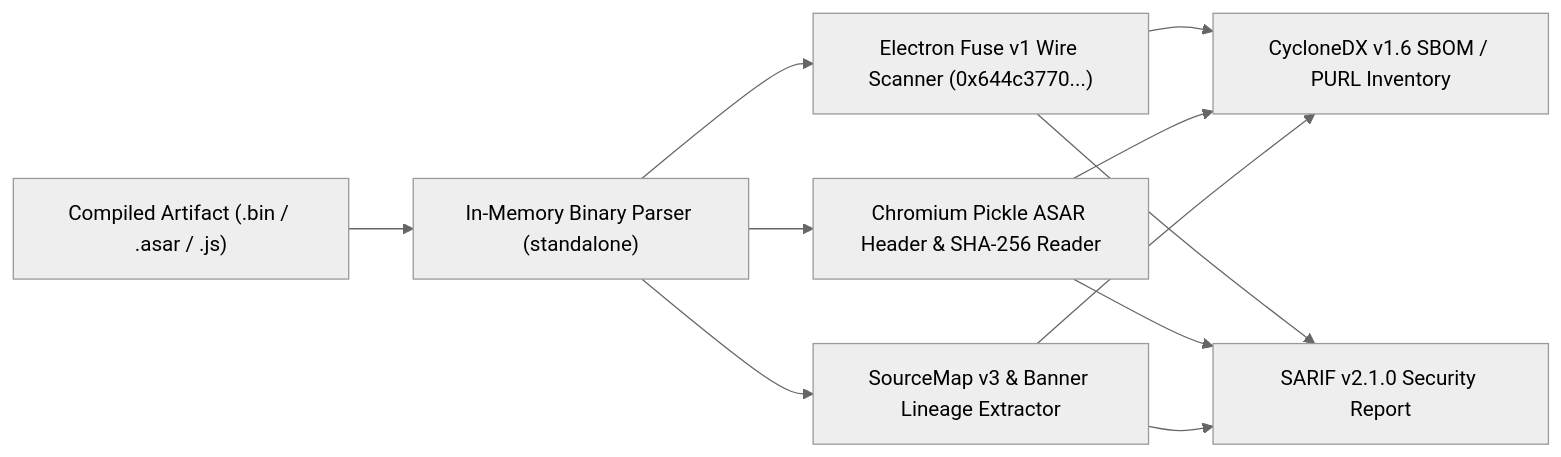
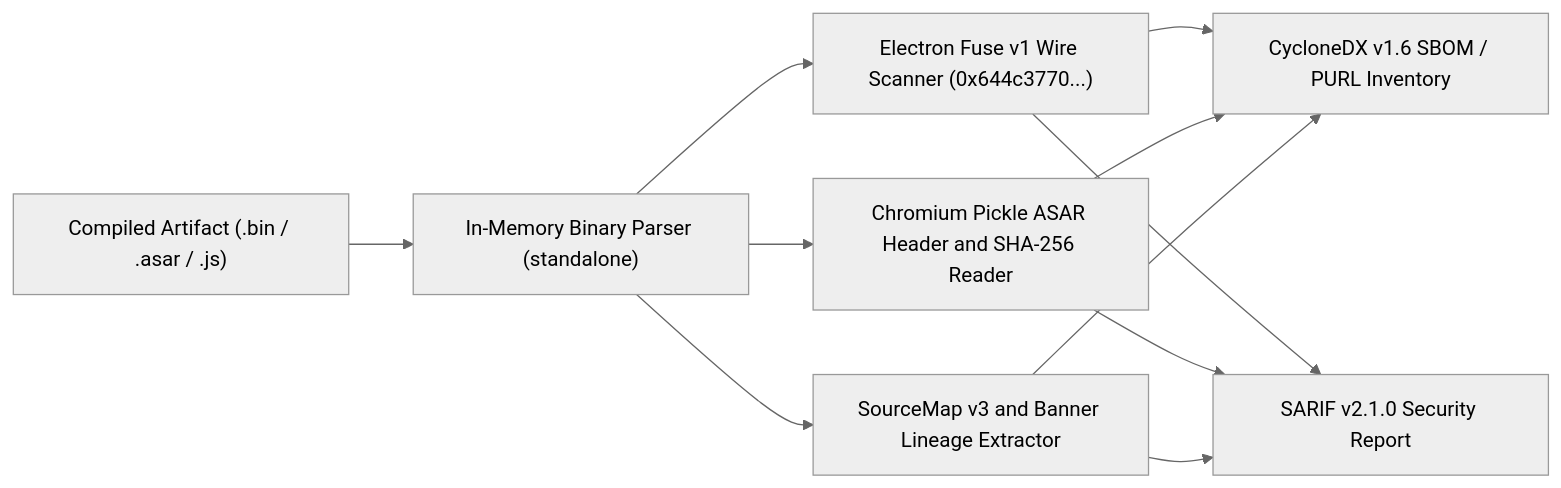
One commit to koodikiht/bundle-provenance changed the diagram in README.md. Above: the diagram before and after it, drawn with Mermaid (neutral theme). The commit also changed other lines of this file and 6 other files, not shown here.

````diff
--- a/README.md
+++ b/README.md
@@ -31,13 +30,13 @@
 ```mermaid
 flowchart LR
   A["Compiled Artifact (.bin / .asar / .js)"] --> B["In-Memory Binary Parser (standalone)"]
   B --> C["Electron Fuse v1 Wire Scanner (0x644c3770...)"]
-  B --> D["Chromium Pickle ASAR Header & SHA-256 Reader"]
-  B --> E["SourceMap v3 & Banner Lineage Extractor"]
+  B --> D["Chromium Pickle ASAR Header and SHA-256 Reader"]
+  B --> E["SourceMap v3 and Banner Lineage Extractor"]
   C --> F["CycloneDX v1.6 SBOM / PURL Inventory"]
   D --> F
   E --> F
   C --> G["SARIF v2.1.0 Security Report"]
   D --> G
   E --> G
 ```
````
